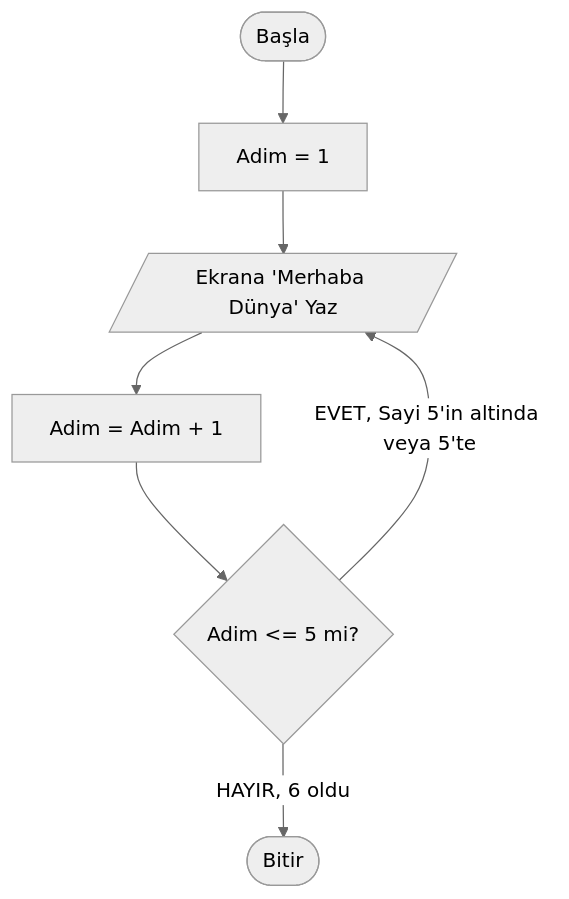
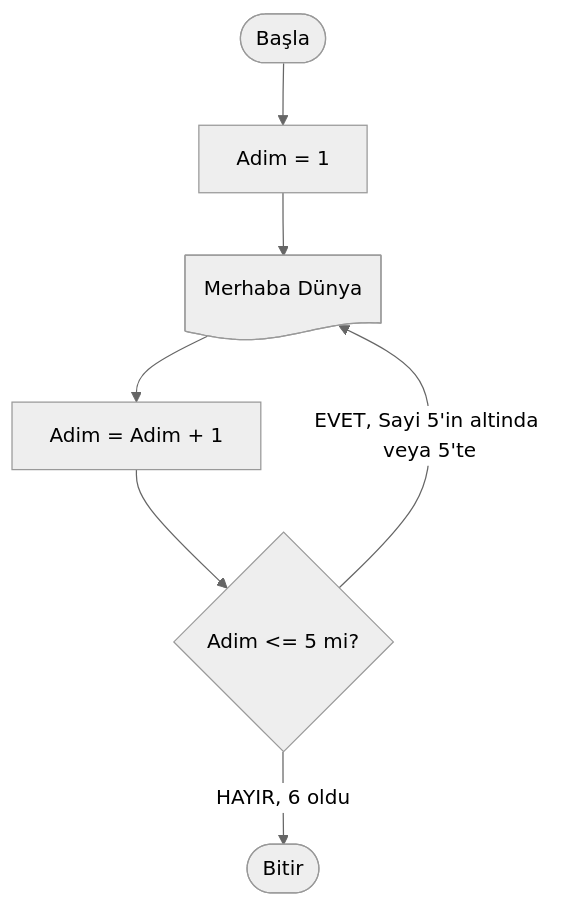
One commit to ibrahimayaz/Algoritma-ve-Programlamaya-Giris changed the first of 3 diagrams in Hafta_05_Akis_Diyagramlari_2.md. Above: the diagram before and after it, drawn with Mermaid (neutral theme). The commit also changed other lines of this file and 3 other files, not shown here.

````diff
--- a/Hafta_05_Akis_Diyagramlari_2.md
+++ b/Hafta_05_Akis_Diyagramlari_2.md
@@ -39,10 +39,10 @@
 ```mermaid
 graph TD
     A([Başla]) --> B[Adim = 1]
-    B --> C[/Ekrana 'Merhaba Dünya' Yaz/]
+    B --> C@{ shape: doc, label: "Merhaba Dünya" }
     C --> D[Adim = Adim + 1]
     D --> E{Adim <= 5 mi?}
     
     E -- EVET, Sayi 5'in altinda veya 5'te --> C
     E -- HAYIR, 6 oldu --> F([Bitir])
 ```
````
